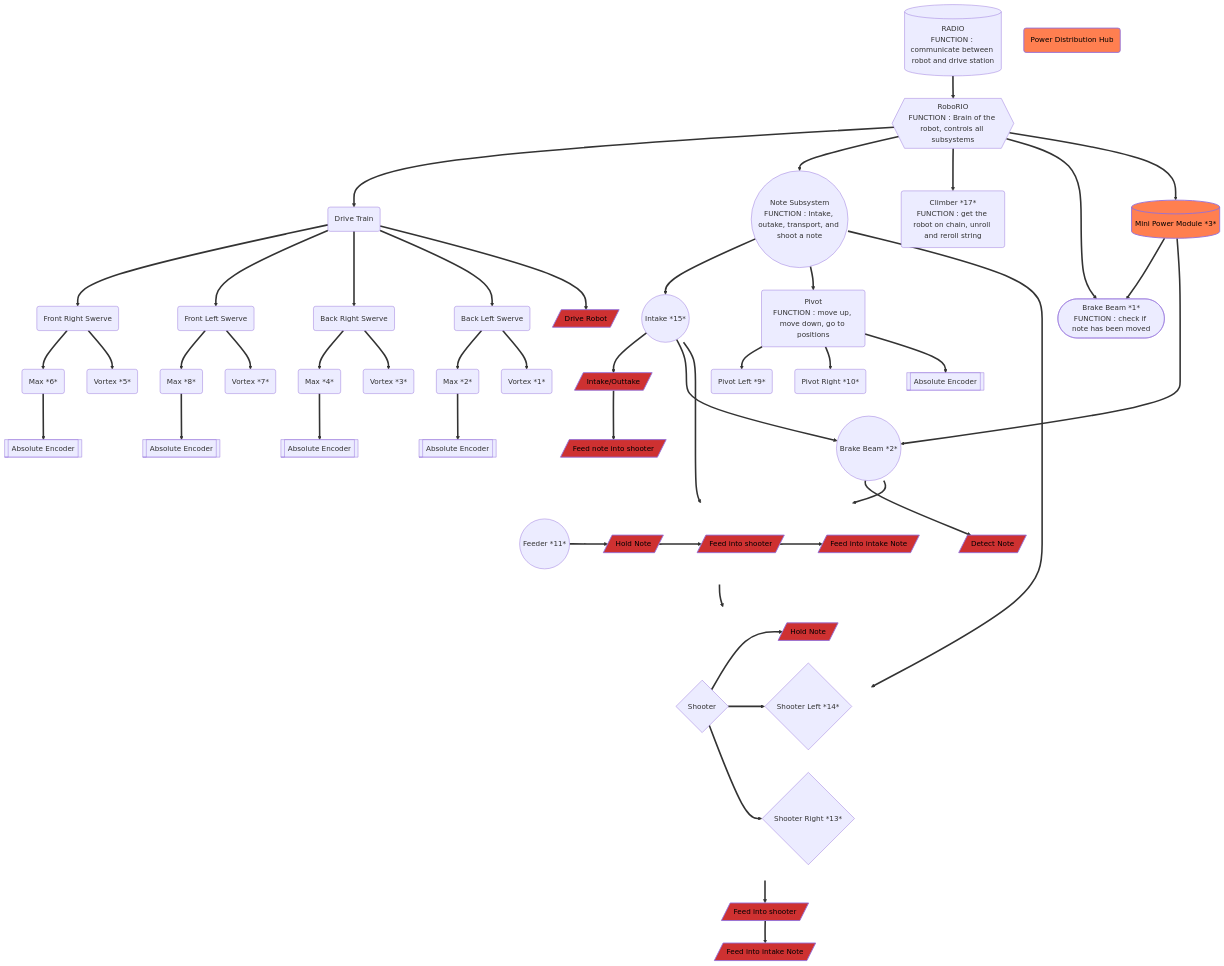
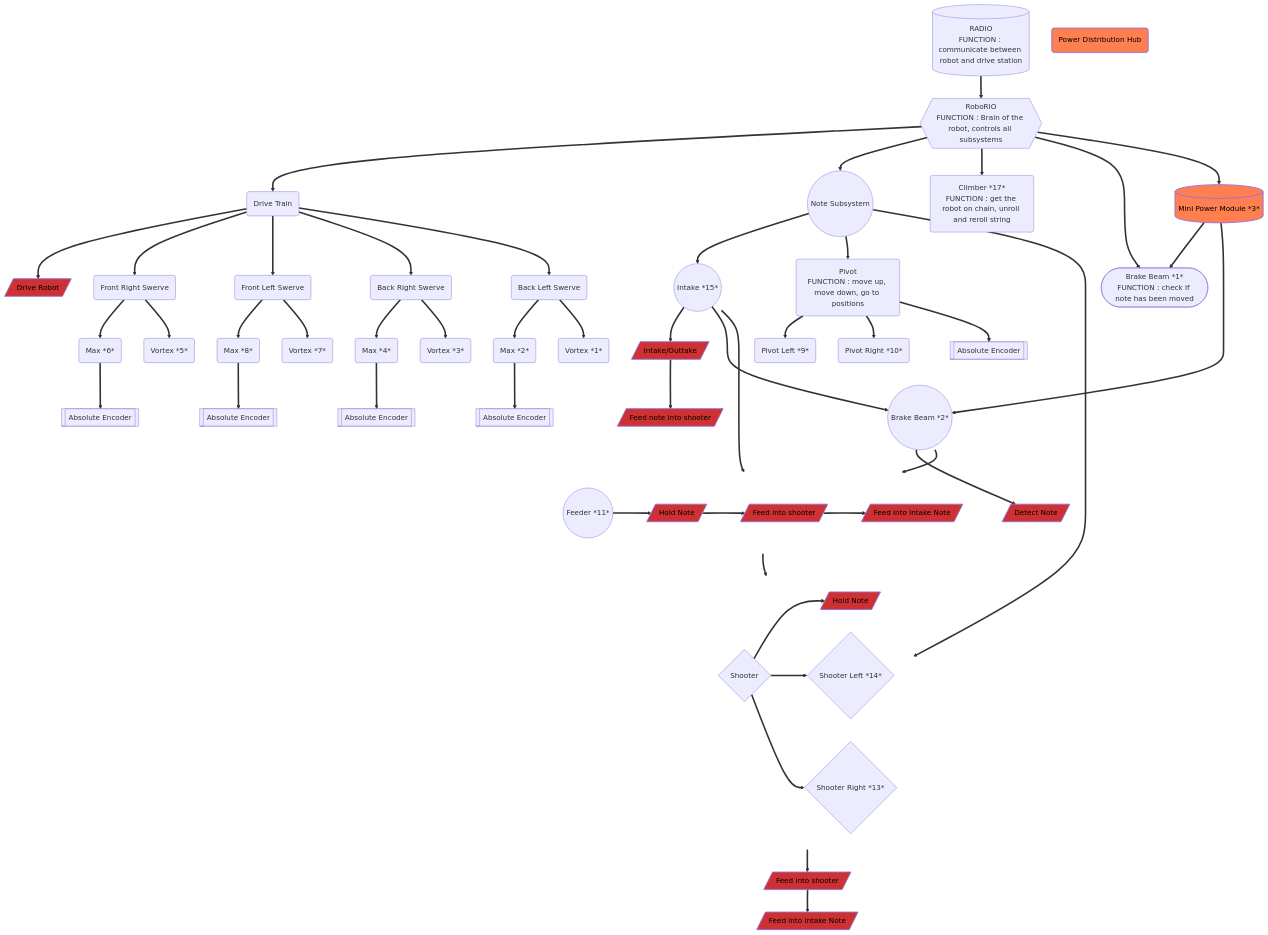
The diagram in tony_graphs.md (richardson-area-wide-robotics/Frc24-Crescendo-1745-OffSeason-AdvantageKit), drawn with Mermaid before and after one commit.

````diff
--- a/tony_graphs.md
+++ b/tony_graphs.md
@@ -1,81 +1,80 @@
 ```mermaid
 
 graph TD;
     subgraph invisibleShooterGroup
         direction LR
         ShooterSystem{Shooter};
         ShooterSystem==>FUNCSHOOTER;
         ShooterSystem==>ShooterLeft{Shooter Left *14*};
         ShooterSystem==>ShooterRight{Shooter Right *13*};
     end
 
 subgraph invisibleFeederGroup
         direction LR
         FeederSystem ==>FUNCFEEDER;
         FUNCFEEDER[/Hold Note/] ==>FUNCFEEDER2;
         FUNCFEEDER2[/Feed into shooter/] ==> FUNCFEEDER3;
         FUNCFEEDER3[/Feed into intake Note/];
     end
 
     RoboRIO{{RoboRIO
 FUNCTION : Brain of the robot, controls all subsystems}}==>DriveTrain;
     DriveTrain(Drive Train);
-    RoboRIO==>NoteSubsystem((Note Subsystem
-FUNCTION : Intake, outake, transport, and shoot a note));
+    DriveTrain==>FUNCDRIVE[/Drive Robot/];
+    RoboRIO==>NoteSubsystem((Note Subsystem));
     NoteSubsystem==>IntakeSystem((Intake *15*));
     NoteSubsystem==>ShooterSystem;
     RoboRIO==>ClimberSystem(Climber *17*
 FUNCTION : get the robot on chain, unroll and reroll string);
     IntakeSystem==>FeederSystem((Feeder *11*))==>ShooterSystem;
     IntakeSystem==>FUNCINTAKE1;
     NoteSubsystem==>PivotSystem(Pivot
 FUNCTION : move up, move down, go to positions);
     PivotSystem==>PivotLeft(Pivot Left *9*);
     PivotSystem==>PivotRight(Pivot Right *10*);
     DriveTrain==>FrontRightSwerve(Front Right Swerve);
     DriveTrain==>FrontLeftSwerve(Front Left Swerve);
     DriveTrain==>BackRightSwerve(Back Right Swerve);
     DriveTrain==>BackLeftSwerve(Back Left Swerve);
     FrontRightSwerve==>MaxFR(Max *6*);
     FrontLeftSwerve==>MaxFL(Max *8*);
     BackRightSwerve==>MaxBR(Max *4*);
     BackLeftSwerve==>MaxBL(Max *2*);
     FrontRightSwerve==>VortexFR(Vortex *5*);
     FrontLeftSwerve==>VortexFL(Vortex *7*);
     BackRightSwerve==>VortexBR(Vortex *3*);
     BackLeftSwerve==>VortexBL(Vortex *1*);
     MaxFR==>EncoderFR[[Absolute Encoder]];
     MaxFL==>EncoderFL[[Absolute Encoder]];
     MaxBR==>EncoderBR[[Absolute Encoder]];
     MaxBL==>EncoderBL[[Absolute Encoder]];
     PivotSystem==>PivotEncoder[[Absolute Encoder]];
     IntakeSystem===>BrakeBeamNote((Brake Beam *2*))==>FeederSystem;
     BrakeBeamNote==>FUNCBREAKBEAM;
     RoboRIO==>ShooterBrakeBeam([Brake Beam *1*
 FUNCTION : check if note has been moved]);
     RoboRIO==>MiniPowerModule[(Mini Power Module *3*)]==>ShooterBrakeBeam;
     MiniPowerModule[(Mini Power Module *3*)]==>BrakeBeamNote;
     RADIO[(RADIO
 FUNCTION : communicate between robot and drive station)]==>RoboRIO;
     FUNCINTAKE1[/Intake/Outtake/]==>FUNCINTAKE2;
     FUNCINTAKE2[/Feed note into shooter/];
     FUNCBREAKBEAM[/Detect Note/];
     FUNCSHOOTER[/Hold Note/] ==>FUNCSHOOTER2;
     FUNCSHOOTER2[/Feed into shooter/] ==> FUNCSHOOTER3;
     FUNCSHOOTER3[/Feed into intake Note/];
-    DriveTrain==>FUNCDRIVE[/Drive Robot/];
     PDH(Power Distribution Hub);
 
     classDef fuctionStyle fill:#ce3131,stroke-width:2px,color:#000;
     class FUNCINTAKE1,FUNCINTAKE2,FUNCINTAKE3,FUNCBREAKBEAM,FUNCFEEDER,FUNCFEEDER2,FUNCFEEDER3,FUNCSHOOTER,FUNCSHOOTER2,FUNCSHOOTER3,FUNCDRIVE, fuctionStyle;
 
     classDef invisible fill:none,stroke:none,color:transparent;
     class invisibleShooterGroup,invisibleFeederGroup invisible;
 
     classDef powerStyle fill:#ff7f50,stroke-width:2px,color:#000;
     class PDH,MiniPowerModule powerStyle;
 
     linkStyle default interpolate basis;
 
 
 ```
````
